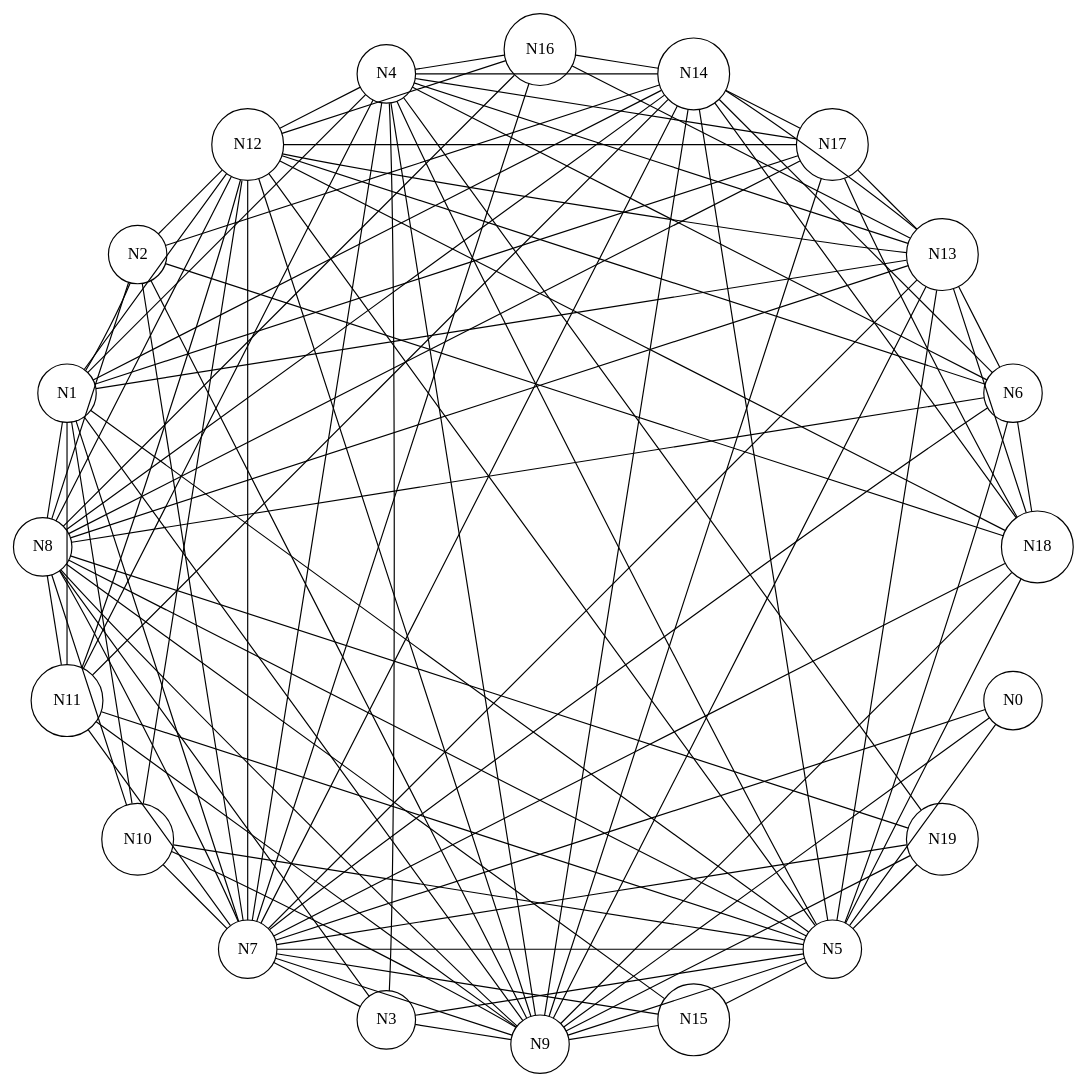
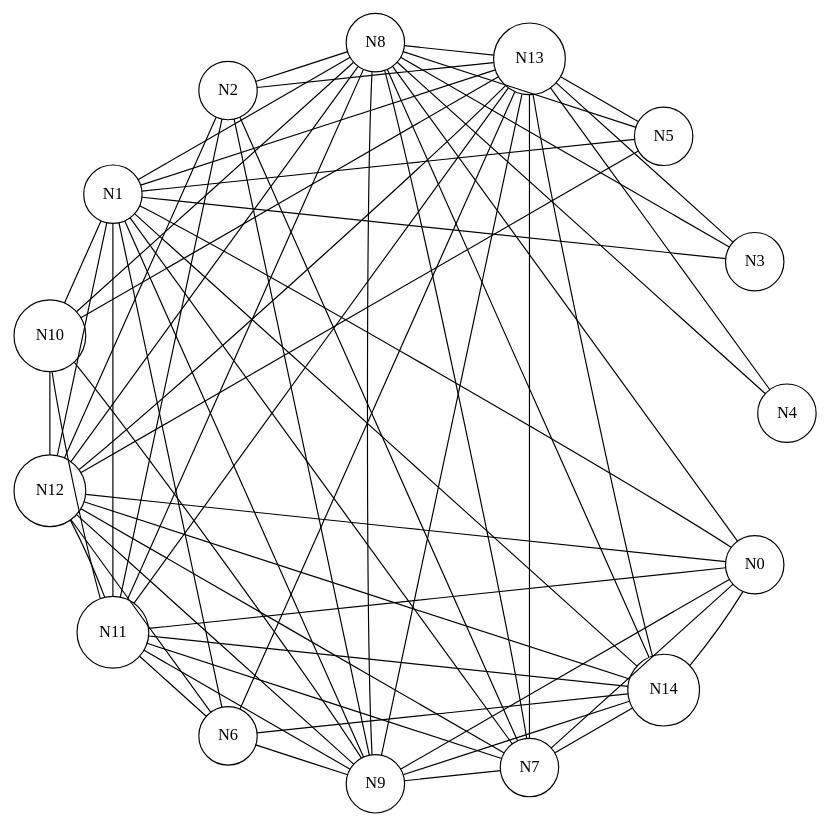
Before and after one commit to Sztormus/Grafy: the diagram in Projekt 3/1/output.dot, drawn with Graphviz. The commit also changed 12 other files, not shown here.

```diff
--- a/Projekt 3/1/output.dot
+++ b/Projekt 3/1/output.dot
@@ -1,125 +1,82 @@
 digraph G
 {
 	layout="circo";
 	node [shape = circle];
 	N0 -> N1 [arrowhead=none][style=invis]
 	N1 -> N2 [arrowhead=none][style=invis]
 	N2 -> N3 [arrowhead=none][style=invis]
 	N3 -> N4 [arrowhead=none][style=invis]
 	N4 -> N5 [arrowhead=none][style=invis]
 	N5 -> N6 [arrowhead=none][style=invis]
 	N6 -> N7 [arrowhead=none][style=invis]
 	N7 -> N8 [arrowhead=none][style=invis]
 	N8 -> N9 [arrowhead=none][style=invis]
 	N9 -> N10 [arrowhead=none][style=invis]
 	N10 -> N11 [arrowhead=none][style=invis]
 	N11 -> N12 [arrowhead=none][style=invis]
 	N12 -> N13 [arrowhead=none][style=invis]
 	N13 -> N14 [arrowhead=none][style=invis]
-	N14 -> N15 [arrowhead=none][style=invis]
-	N15 -> N16 [arrowhead=none][style=invis]
-	N16 -> N17 [arrowhead=none][style=invis]
-	N17 -> N18 [arrowhead=none][style=invis]
-	N18 -> N19 [arrowhead=none][style=invis]
-	N19 -> N0 [arrowhead=none][style=invis]
-	N5 -> N0 [arrowhead=none]
+	N14 -> N0 [arrowhead=none][style=invis]
+	N1 -> N0 [arrowhead=none]
 	N7 -> N0 [arrowhead=none]
+	N8 -> N0 [arrowhead=none]
 	N9 -> N0 [arrowhead=none]
-	N2 -> N1 [arrowhead=none]
-	N4 -> N1 [arrowhead=none]
+	N11 -> N0 [arrowhead=none]
+	N12 -> N0 [arrowhead=none]
+	N14 -> N0 [arrowhead=none]
+	N3 -> N1 [arrowhead=none]
 	N5 -> N1 [arrowhead=none]
+	N6 -> N1 [arrowhead=none]
 	N7 -> N1 [arrowhead=none]
 	N8 -> N1 [arrowhead=none]
 	N9 -> N1 [arrowhead=none]
 	N10 -> N1 [arrowhead=none]
 	N11 -> N1 [arrowhead=none]
 	N12 -> N1 [arrowhead=none]
 	N13 -> N1 [arrowhead=none]
 	N14 -> N1 [arrowhead=none]
-	N17 -> N1 [arrowhead=none]
 	N7 -> N2 [arrowhead=none]
 	N8 -> N2 [arrowhead=none]
 	N9 -> N2 [arrowhead=none]
+	N11 -> N2 [arrowhead=none]
 	N12 -> N2 [arrowhead=none]
-	N14 -> N2 [arrowhead=none]
-	N18 -> N2 [arrowhead=none]
-	N4 -> N3 [arrowhead=none]
-	N5 -> N3 [arrowhead=none]
-	N7 -> N3 [arrowhead=none]
+	N13 -> N2 [arrowhead=none]
 	N8 -> N3 [arrowhead=none]
-	N9 -> N3 [arrowhead=none]
-	N5 -> N4 [arrowhead=none]
-	N6 -> N4 [arrowhead=none]
-	N7 -> N4 [arrowhead=none]
-	N9 -> N4 [arrowhead=none]
-	N11 -> N4 [arrowhead=none]
-	N12 -> N4 [arrowhead=none]
+	N13 -> N3 [arrowhead=none]
+	N8 -> N4 [arrowhead=none]
 	N13 -> N4 [arrowhead=none]
-	N14 -> N4 [arrowhead=none]
-	N16 -> N4 [arrowhead=none]
-	N17 -> N4 [arrowhead=none]
-	N19 -> N4 [arrowhead=none]
-	N6 -> N5 [arrowhead=none]
-	N7 -> N5 [arrowhead=none]
 	N8 -> N5 [arrowhead=none]
-	N9 -> N5 [arrowhead=none]
-	N10 -> N5 [arrowhead=none]
-	N11 -> N5 [arrowhead=none]
 	N12 -> N5 [arrowhead=none]
 	N13 -> N5 [arrowhead=none]
-	N14 -> N5 [arrowhead=none]
-	N15 -> N5 [arrowhead=none]
-	N18 -> N5 [arrowhead=none]
-	N19 -> N5 [arrowhead=none]
-	N7 -> N6 [arrowhead=none]
-	N8 -> N6 [arrowhead=none]
+	N9 -> N6 [arrowhead=none]
+	N11 -> N6 [arrowhead=none]
 	N12 -> N6 [arrowhead=none]
 	N13 -> N6 [arrowhead=none]
 	N14 -> N6 [arrowhead=none]
-	N18 -> N6 [arrowhead=none]
 	N8 -> N7 [arrowhead=none]
 	N9 -> N7 [arrowhead=none]
-	N10 -> N7 [arrowhead=none]
 	N11 -> N7 [arrowhead=none]
 	N12 -> N7 [arrowhead=none]
 	N13 -> N7 [arrowhead=none]
 	N14 -> N7 [arrowhead=none]
-	N15 -> N7 [arrowhead=none]
-	N16 -> N7 [arrowhead=none]
-	N18 -> N7 [arrowhead=none]
-	N19 -> N7 [arrowhead=none]
 	N9 -> N8 [arrowhead=none]
 	N10 -> N8 [arrowhead=none]
 	N11 -> N8 [arrowhead=none]
 	N12 -> N8 [arrowhead=none]
 	N13 -> N8 [arrowhead=none]
 	N14 -> N8 [arrowhead=none]
-	N15 -> N8 [arrowhead=none]
-	N16 -> N8 [arrowhead=none]
-	N17 -> N8 [arrowhead=none]
-	N19 -> N8 [arrowhead=none]
 	N10 -> N9 [arrowhead=none]
 	N11 -> N9 [arrowhead=none]
 	N12 -> N9 [arrowhead=none]
 	N13 -> N9 [arrowhead=none]
 	N14 -> N9 [arrowhead=none]
-	N15 -> N9 [arrowhead=none]
-	N17 -> N9 [arrowhead=none]
-	N18 -> N9 [arrowhead=none]
-	N19 -> N9 [arrowhead=none]
+	N11 -> N10 [arrowhead=none]
 	N12 -> N10 [arrowhead=none]
+	N13 -> N10 [arrowhead=none]
 	N12 -> N11 [arrowhead=none]
+	N13 -> N11 [arrowhead=none]
 	N14 -> N11 [arrowhead=none]
 	N13 -> N12 [arrowhead=none]
-	N16 -> N12 [arrowhead=none]
-	N17 -> N12 [arrowhead=none]
-	N18 -> N12 [arrowhead=none]
+	N14 -> N12 [arrowhead=none]
 	N14 -> N13 [arrowhead=none]
-	N16 -> N13 [arrowhead=none]
-	N17 -> N13 [arrowhead=none]
-	N18 -> N13 [arrowhead=none]
-	N16 -> N14 [arrowhead=none]
-	N17 -> N14 [arrowhead=none]
-	N18 -> N14 [arrowhead=none]
-	N18 -> N17 [arrowhead=none]
 }
```
